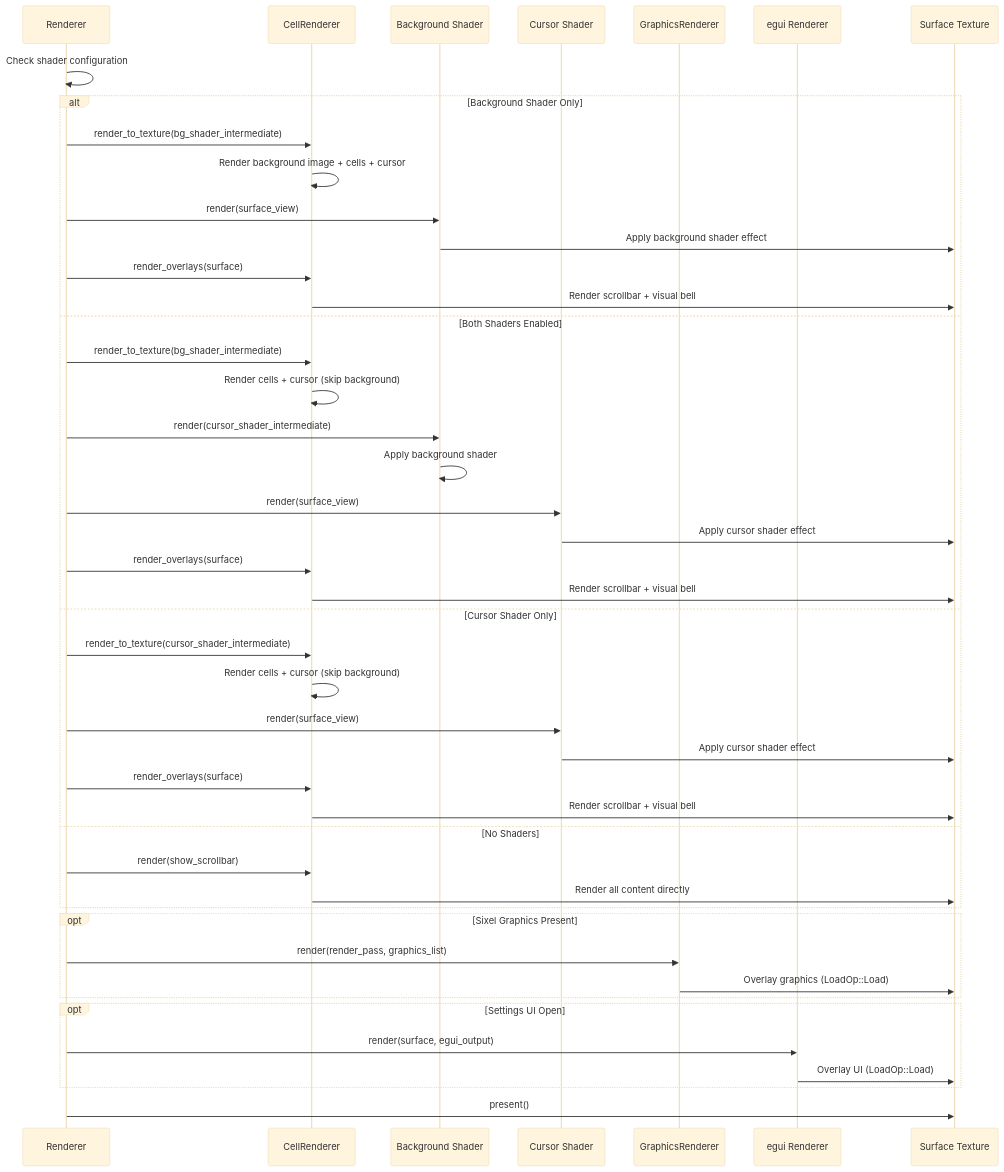
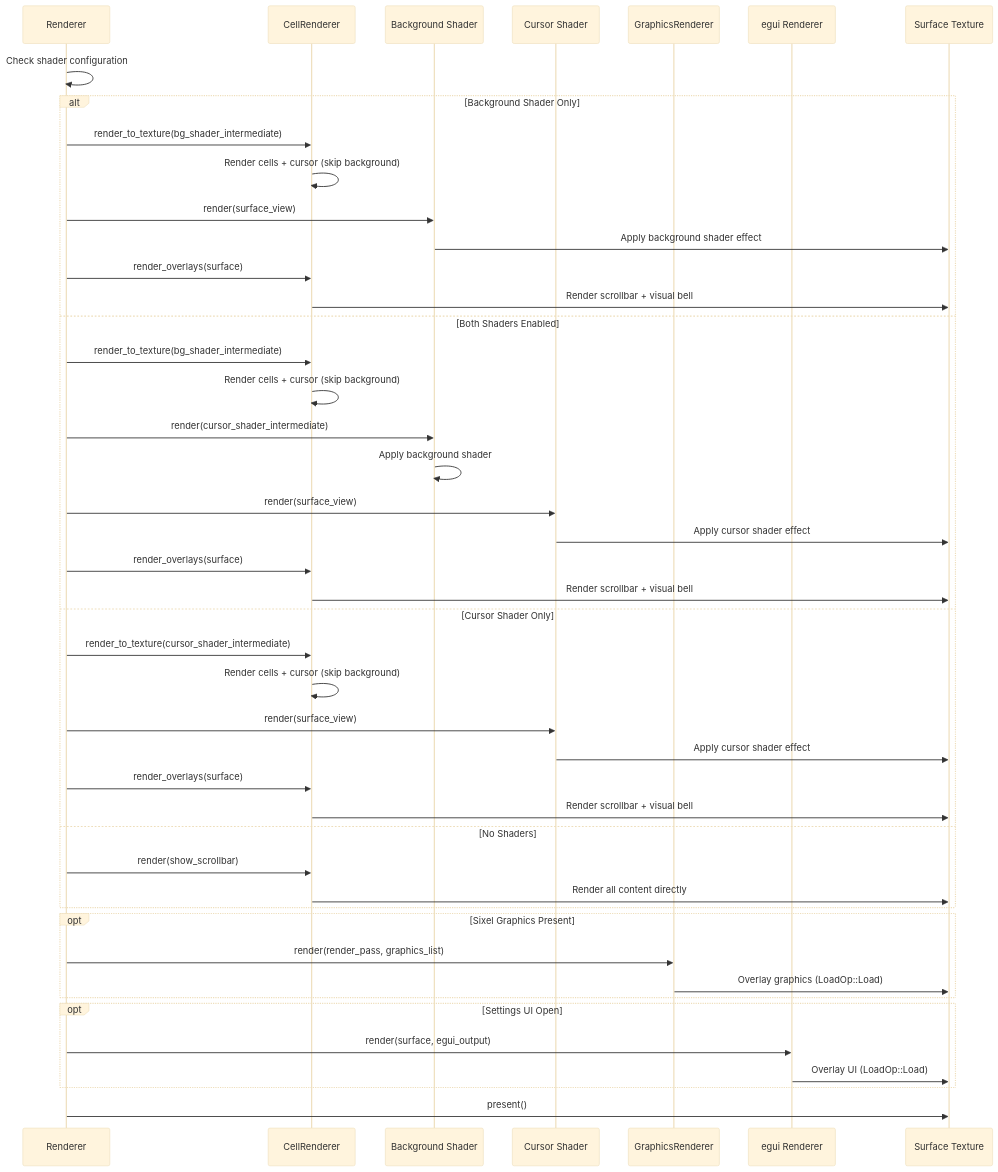
One commit to paulrobello/par-term changed the second of 5 diagrams in docs/COMPOSITOR.md. Above: the diagram before and after it, drawn with Mermaid (base theme). The commit also changed 1 other file, not shown here.

Commit message:
docs: update README with CLI shader installer and fix COMPOSITOR diagram
- Add documentation for built-in `par-term install-shaders` CLI command
- Fix render sequence diagram: background image is skipped when any
  shader is enabled (shader controls background via use_background_as_channel0)

````diff
--- a/docs/COMPOSITOR.md
+++ b/docs/COMPOSITOR.md
@@ -86,52 +86,52 @@
 ```mermaid
 sequenceDiagram
     participant Renderer as Renderer
     participant CR as CellRenderer
     participant BSR as Background Shader
     participant CSR as Cursor Shader
     participant GR as GraphicsRenderer
     participant Egui as egui Renderer
     participant Surface as Surface Texture
 
     Renderer->>Renderer: Check shader configuration
 
     alt Background Shader Only
         Renderer->>CR: render_to_texture(bg_shader_intermediate)
-        CR->>CR: Render background image + cells + cursor
+        CR->>CR: Render cells + cursor (skip background)
         Renderer->>BSR: render(surface_view)
         BSR->>Surface: Apply background shader effect
         Renderer->>CR: render_overlays(surface)
         CR->>Surface: Render scrollbar + visual bell
     else Both Shaders Enabled
         Renderer->>CR: render_to_texture(bg_shader_intermediate)
         CR->>CR: Render cells + cursor (skip background)
         Renderer->>BSR: render(cursor_shader_intermediate)
         BSR->>BSR: Apply background shader
         Renderer->>CSR: render(surface_view)
         CSR->>Surface: Apply cursor shader effect
         Renderer->>CR: render_overlays(surface)
         CR->>Surface: Render scrollbar + visual bell
     else Cursor Shader Only
         Renderer->>CR: render_to_texture(cursor_shader_intermediate)
         CR->>CR: Render cells + cursor (skip background)
         Renderer->>CSR: render(surface_view)
         CSR->>Surface: Apply cursor shader effect
         Renderer->>CR: render_overlays(surface)
         CR->>Surface: Render scrollbar + visual bell
     else No Shaders
         Renderer->>CR: render(show_scrollbar)
         CR->>Surface: Render all content directly
     end
 
     opt Sixel Graphics Present
         Renderer->>GR: render(render_pass, graphics_list)
         GR->>Surface: Overlay graphics (LoadOp::Load)
     end
 
     opt Settings UI Open
         Renderer->>Egui: render(surface, egui_output)
         Egui->>Surface: Overlay UI (LoadOp::Load)
     end
 
     Renderer->>Surface: present()
 ```
````
